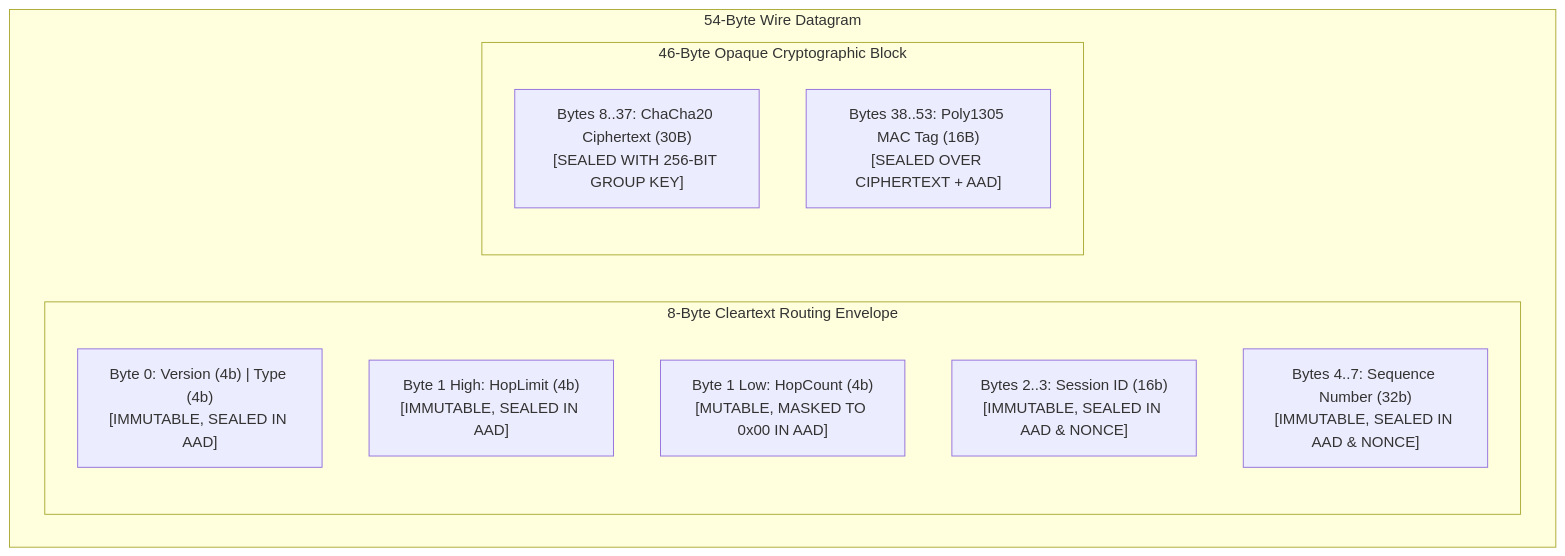
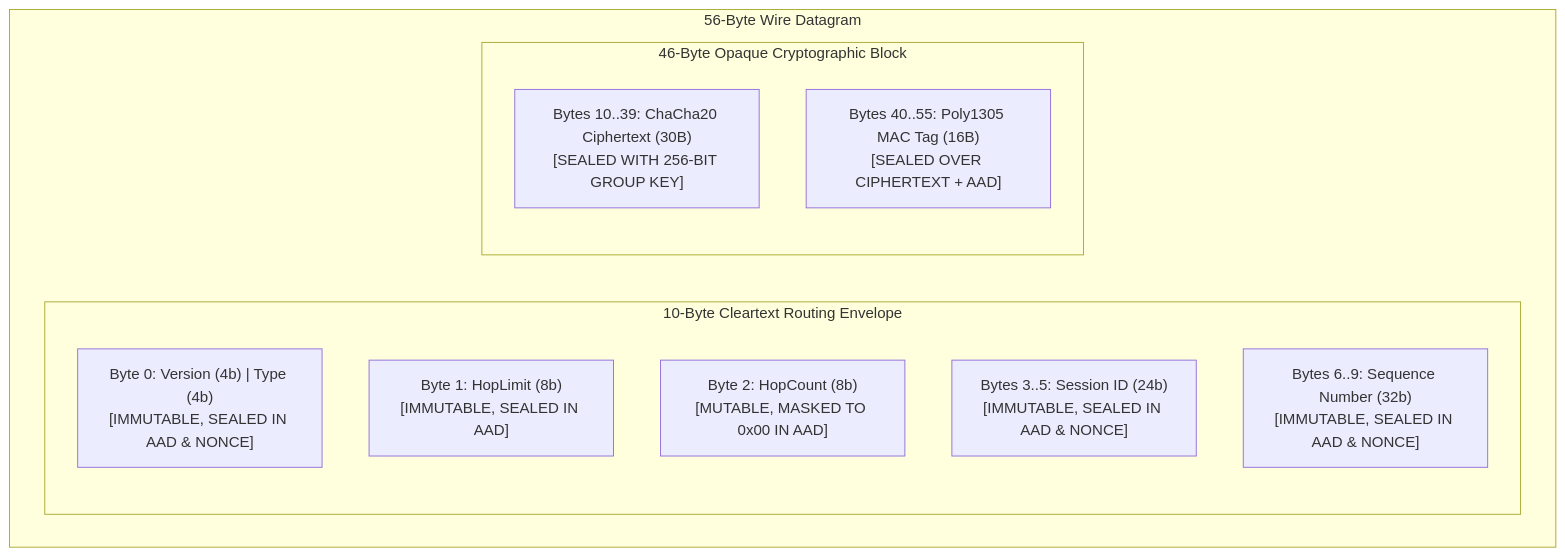
The first of 2 diagrams in docs/PHASE2_SECURITY_SPECIFICATION.md (Someonelse2309/TeeKum-Prototype), drawn with Mermaid before and after one commit. The commit also changed other lines of this file and 15 other files, not shown here.

Commit message:
feat(protocol): standardize wire datagram and cryptographic framing to 56 bytes

````diff
--- a/docs/PHASE2_SECURITY_SPECIFICATION.md
+++ b/docs/PHASE2_SECURITY_SPECIFICATION.md
@@ -29,16 +29,16 @@
 ```mermaid
 graph TD
-    subgraph WirePacket ["54-Byte Wire Datagram"]
-        subgraph CleartextEnvelope ["8-Byte Cleartext Routing Envelope"]
-            B0["Byte 0: Version (4b) | Type (4b)<br/>[IMMUTABLE, SEALED IN AAD]"]
-            B1A["Byte 1 High: HopLimit (4b)<br/>[IMMUTABLE, SEALED IN AAD]"]
-            B1B["Byte 1 Low: HopCount (4b)<br/>[MUTABLE, MASKED TO 0x00 IN AAD]"]
-            B23["Bytes 2..3: Session ID (16b)<br/>[IMMUTABLE, SEALED IN AAD & NONCE]"]
-            B47["Bytes 4..7: Sequence Number (32b)<br/>[IMMUTABLE, SEALED IN AAD & NONCE]"]
+    subgraph WirePacket ["56-Byte Wire Datagram"]
+        subgraph CleartextEnvelope ["10-Byte Cleartext Routing Envelope"]
+            B0["Byte 0: Version (4b) | Type (4b)<br/>[IMMUTABLE, SEALED IN AAD & NONCE]"]
+            B1["Byte 1: HopLimit (8b)<br/>[IMMUTABLE, SEALED IN AAD]"]
+            B2["Byte 2: HopCount (8b)<br/>[MUTABLE, MASKED TO 0x00 IN AAD]"]
+            B35["Bytes 3..5: Session ID (24b)<br/>[IMMUTABLE, SEALED IN AAD & NONCE]"]
+            B69["Bytes 6..9: Sequence Number (32b)<br/>[IMMUTABLE, SEALED IN AAD & NONCE]"]
         end
         subgraph ProtectedPayload ["46-Byte Opaque Cryptographic Block"]
-            Ciphertext["Bytes 8..37: ChaCha20 Ciphertext (30B)<br/>[SEALED WITH 256-BIT GROUP KEY]"]
-            AuthTag["Bytes 38..53: Poly1305 MAC Tag (16B)<br/>[SEALED OVER CIPHERTEXT + AAD]"]
+            Ciphertext["Bytes 10..39: ChaCha20 Ciphertext (30B)<br/>[SEALED WITH 256-BIT GROUP KEY]"]
+            AuthTag["Bytes 40..55: Poly1305 MAC Tag (16B)<br/>[SEALED OVER CIPHERTEXT + AAD]"]
         end
     end
 ```
````
